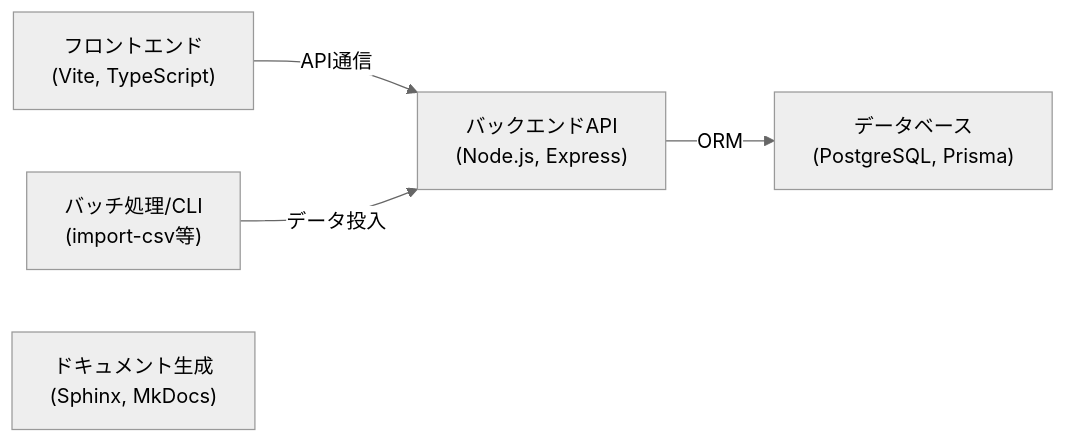
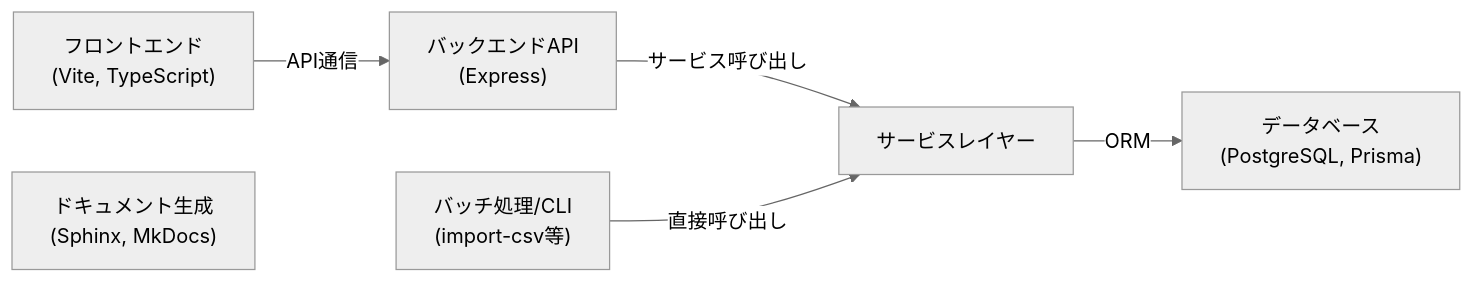
One commit to lightuse/influencer changed the diagram in docs/mkdocs_content/index.md. Above: the diagram before and after it, drawn with Mermaid (neutral theme). The commit also changed 5 other files, not shown here.

````diff
--- a/docs/mkdocs_content/index.md
+++ b/docs/mkdocs_content/index.md
@@ -7,7 +7,8 @@
 ```mermaid
 flowchart LR
-  FE["フロントエンド<br/>(Vite, TypeScript)"] -- API通信 --> BE["バックエンドAPI<br/>(Node.js, Express)"]
-  BE -- ORM --> DB["データベース<br/>(PostgreSQL, Prisma)"]
-  CLI["バッチ処理/CLI<br/>(import-csv等)"] -- データ投入 --> BE
+  FE["フロントエンド<br/>(Vite, TypeScript)"] -- API通信 --> API["バックエンドAPI<br/>(Express)"]
+  API -- サービス呼び出し --> SVC["サービスレイヤー"]
+  SVC -- ORM --> DB["データベース<br/>(PostgreSQL, Prisma)"]
+  CLI["バッチ処理/CLI<br/>(import-csv等)"] -- 直接呼び出し --> SVC
   DOC["ドキュメント生成<br/>(Sphinx, MkDocs)"]
 ```
````
